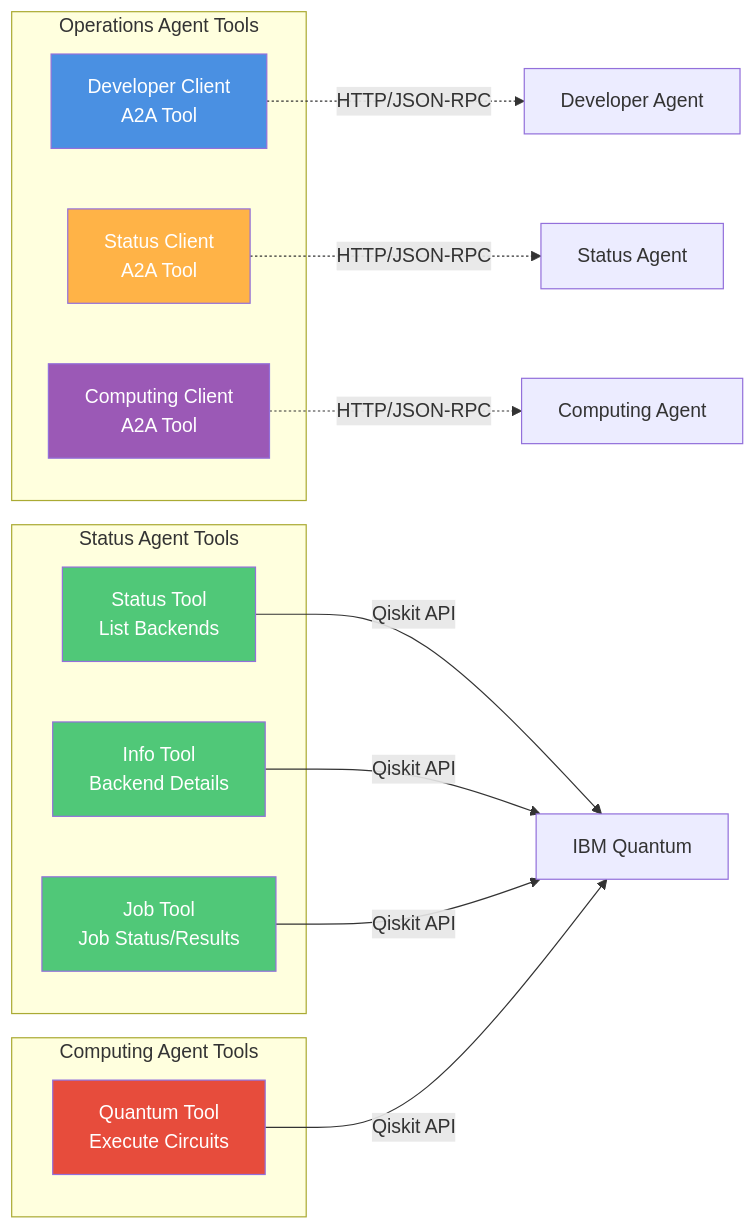
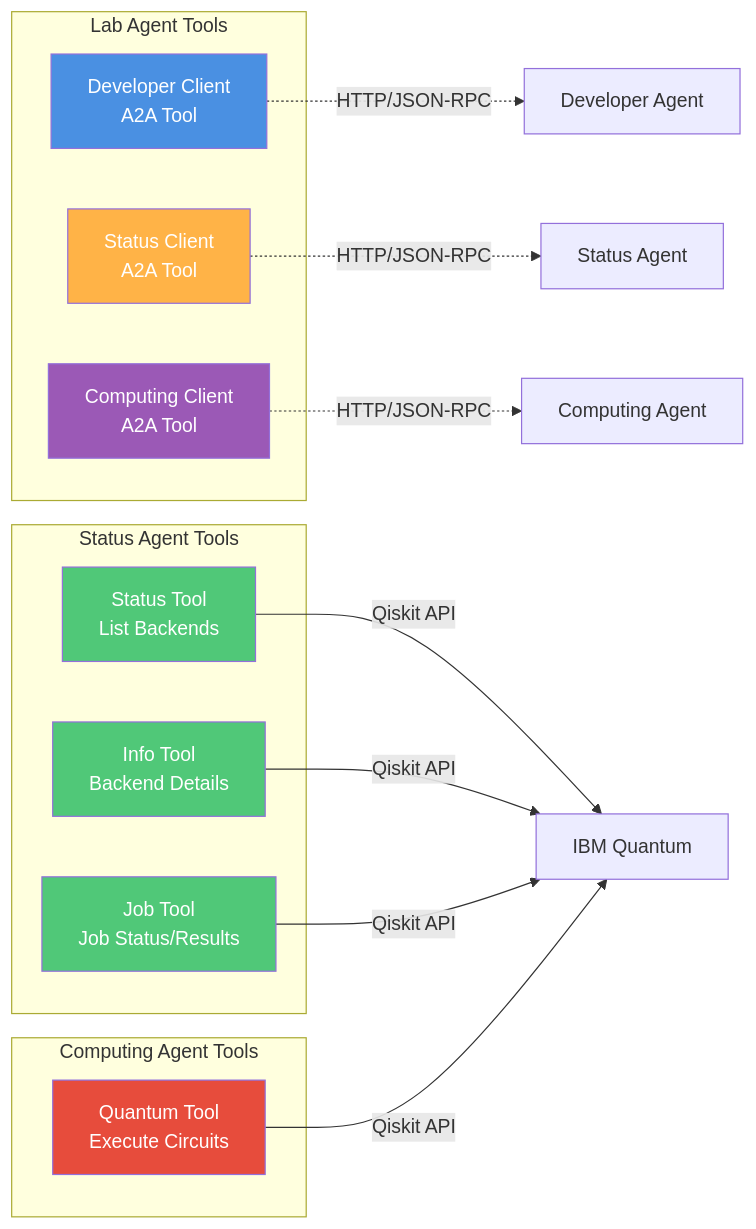
One commit to BrUn3y/quantum_lab_agent changed the third of 3 diagrams in README.md. Above: the diagram before and after it, drawn with Mermaid. The commit also changed other lines of this file and 17 other files, not shown here.

````diff
--- a/README.md
+++ b/README.md
@@ -82,35 +82,35 @@
 ```mermaid
 graph LR
-    subgraph "Operations Agent Tools"
+    subgraph "Lab Agent Tools"
         DC[Developer Client<br/>A2A Tool]
         SC[Status Client<br/>A2A Tool]
         CC[Computing Client<br/>A2A Tool]
     end
     
     subgraph "Status Agent Tools"
         ST[Status Tool<br/>List Backends]
         IT[Info Tool<br/>Backend Details]
         JT[Job Tool<br/>Job Status/Results]
     end
     
     subgraph "Computing Agent Tools"
         QT[Quantum Tool<br/>Execute Circuits]
     end
     
     DC -.->|HTTP/JSON-RPC| DevAgent[Developer Agent]
     SC -.->|HTTP/JSON-RPC| StatusAgent[Status Agent]
     CC -.->|HTTP/JSON-RPC| CompAgent[Computing Agent]
     
     ST -->|Qiskit API| IBM[IBM Quantum]
     IT -->|Qiskit API| IBM
     JT -->|Qiskit API| IBM
     QT -->|Qiskit API| IBM
     
     style DC fill:#4A90E2,color:#fff
     style SC fill:#FFB347,color:#fff
     style CC fill:#9B59B6,color:#fff
     style ST fill:#50C878,color:#fff
     style IT fill:#50C878,color:#fff
     style JT fill:#50C878,color:#fff
     style QT fill:#E74C3C,color:#fff
 ```
````
